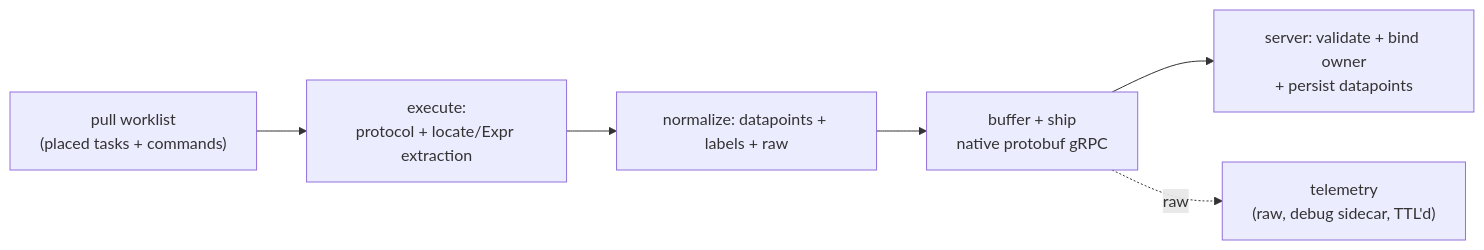
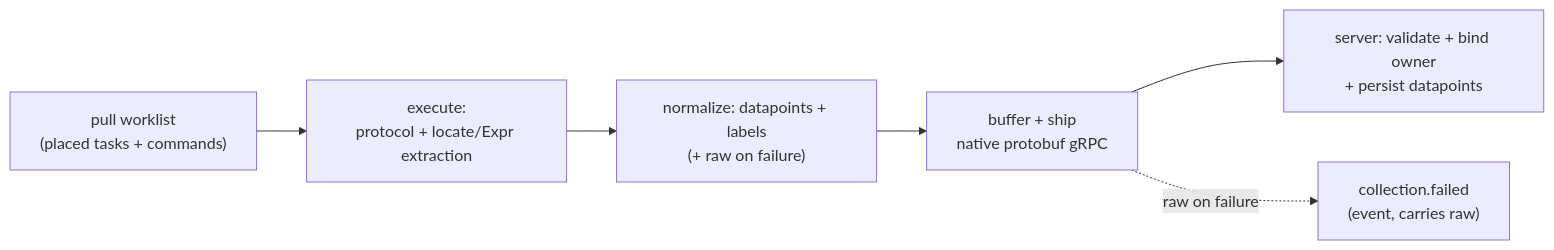
One commit to hyperscaleav/omniglass changed the diagram in docs/src/content/docs/architecture/nodes.md. Above: the diagram before and after it, drawn with Mermaid. The commit also changed other lines of this file and 8 other files, not shown here.

First line of the commit message:
docs(architecture): drop the telemetry table; raw only on failure + dev tap

````diff
--- a/docs/src/content/docs/architecture/nodes.md
+++ b/docs/src/content/docs/architecture/nodes.md
@@ -367,8 +367,8 @@
 ```mermaid
 flowchart LR
   W["pull worklist<br/>(placed tasks + commands)"] --> X["execute:<br/>protocol + locate/Expr extraction"]
-  X --> N["normalize: datapoints + labels + raw"]
+  X --> N["normalize: datapoints + labels<br/>(+ raw on failure)"]
   N --> S["buffer + ship<br/>native protobuf gRPC"]
   S --> WK["server: validate + bind owner<br/>+ persist datapoints"]
-  S -.->|"raw"| TE["telemetry<br/>(raw, debug sidecar, TTL'd)"]
+  S -.->|"raw on failure"| CF["collection.failed<br/>(event, carries raw)"]
 ```
````
